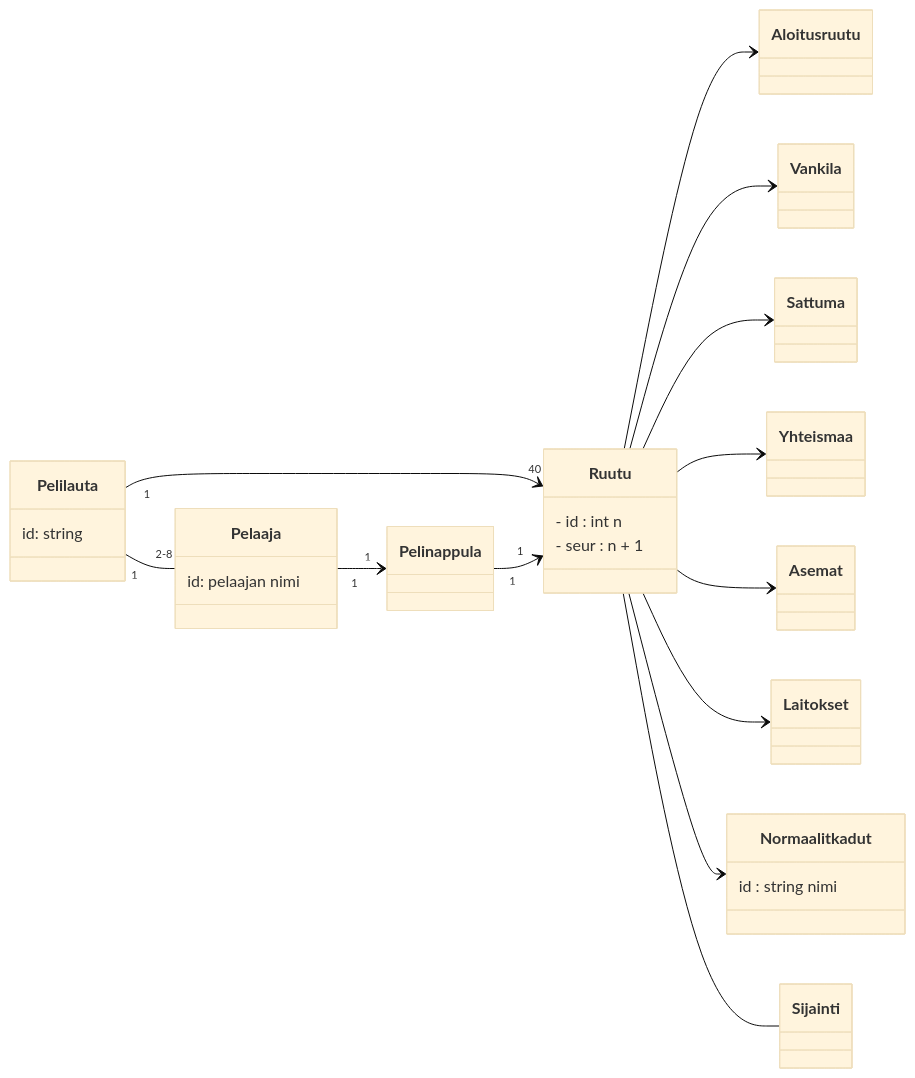
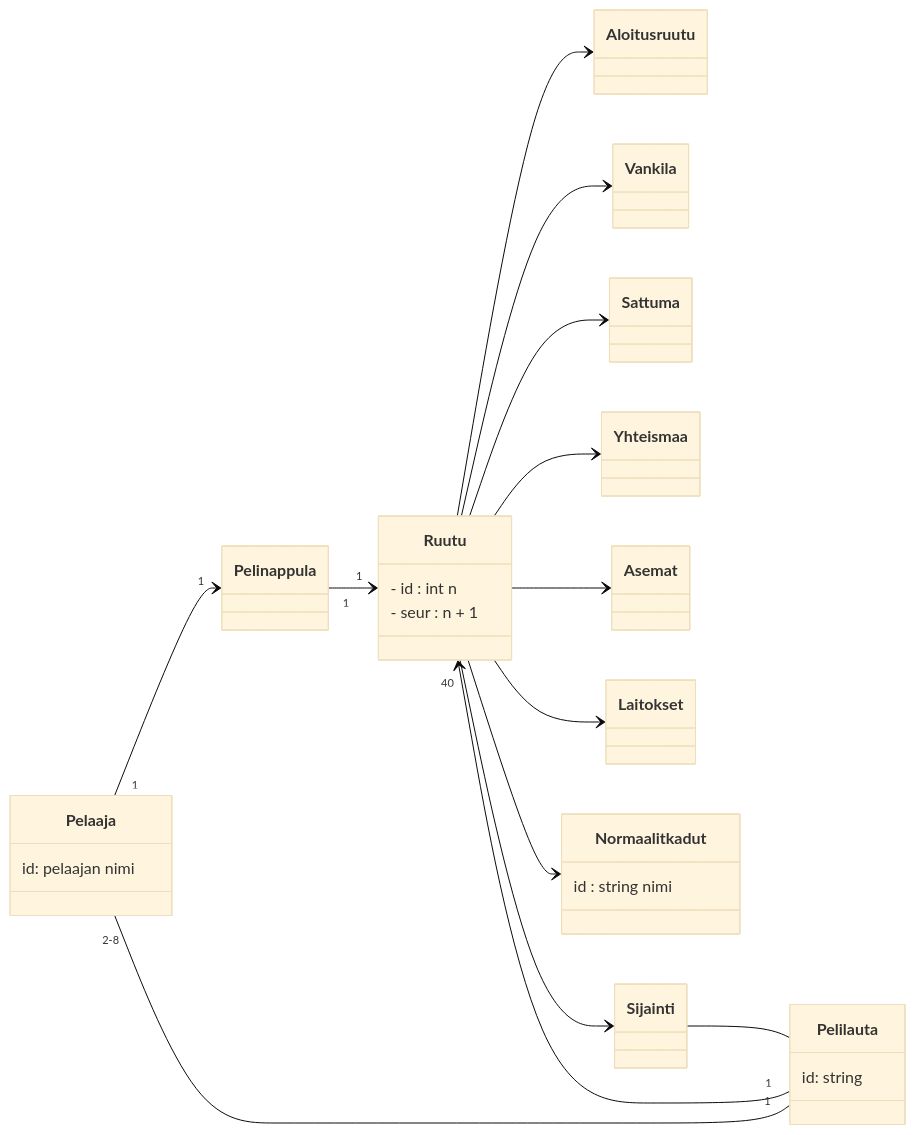
Before and after one commit to brotholi/ot-harjoitustyo: the diagram in laskarit/viikko3/monopoli.md, drawn with Mermaid (base theme).

````diff
--- a/laskarit/viikko3/monopoli.md
+++ b/laskarit/viikko3/monopoli.md
@@ -1,48 +1,50 @@
 ```mermaid
  classDiagram
     
     
     class Pelaaja {
         id: pelaajan nimi
     }
 
     class Pelilauta {
      id: string   
     }
     
     
     class Ruutu {
     - id : int n
     - seur : n + 1
      }
     
 
     class Normaalit kadut {
     id : string nimi
     }
          
     class Pelinappula {
     }
     
     direction LR
     Pelilauta "1" -- "2-8" Pelaaja
     direction TD
     Pelaaja "1" --> "1" Pelinappula
     Pelilauta "1" --> "40" Ruutu
     Pelinappula "1" --> "1" Ruutu
     Ruutu --> Aloitusruutu
     Ruutu --> Vankila
     Ruutu --> Sattuma
     Ruutu --> Yhteismaa
     Ruutu --> Asemat
     Ruutu --> Laitokset
     Ruutu --> Normaalit kadut
     
     direction LR
     
-    Ruutu -- Sijainti
+    Sijainti -- Pelilauta
+    
+    Ruutu --> Sijainti
     
 
 
     
 ```
````
